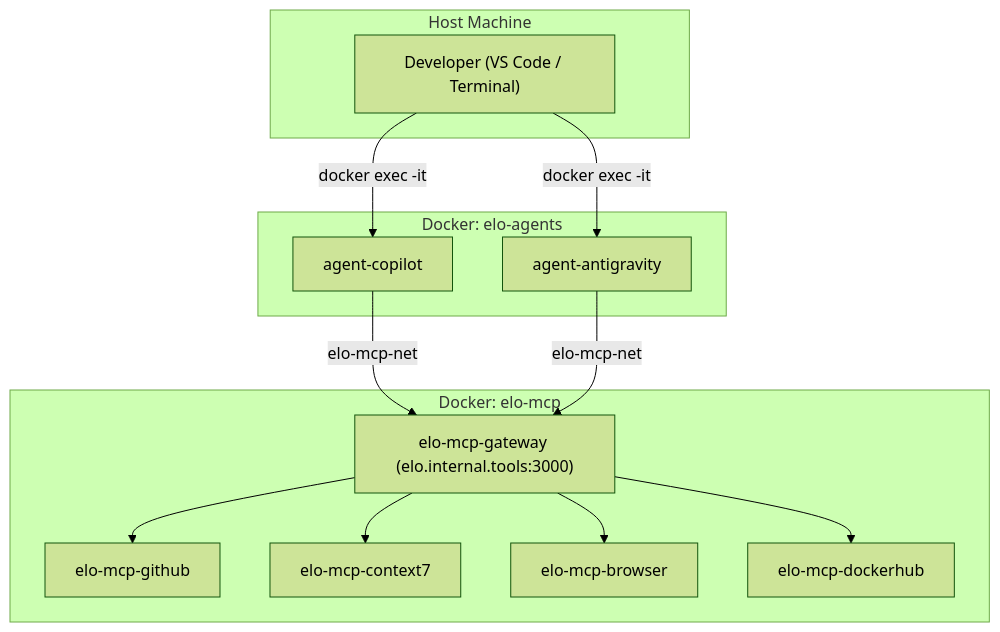
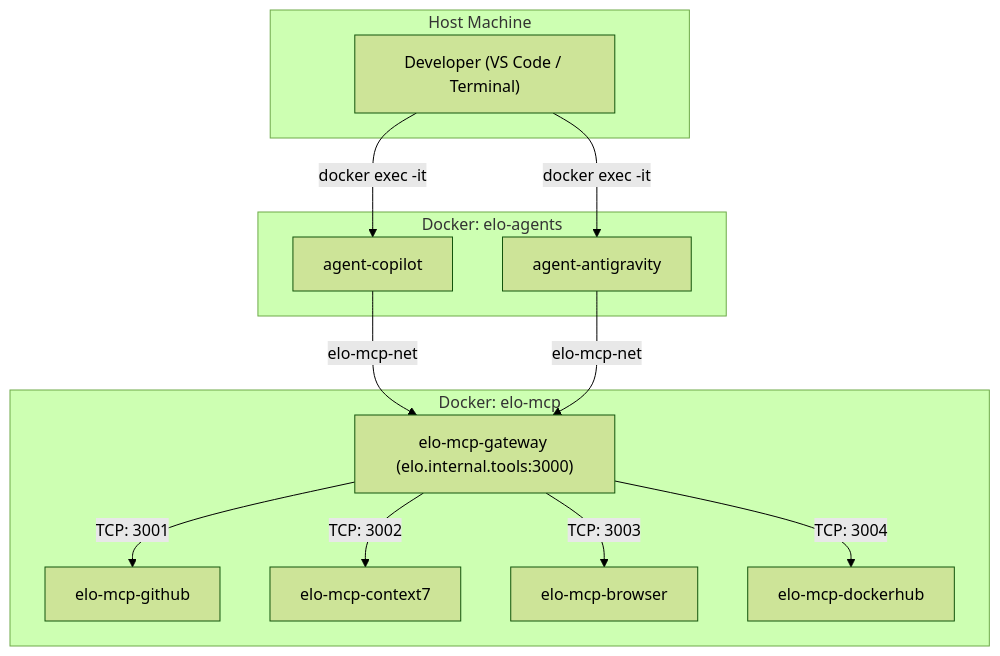
One commit to tupynambalucas/elo-organico changed the diagram in knowledge-base/workspaces/04-tools.mdx. Above: the diagram before and after it, drawn with Mermaid (forest theme). The commit also changed other lines of this file and 25 other files, not shown here.

````diff
--- a/knowledge-base/workspaces/04-tools.mdx
+++ b/knowledge-base/workspaces/04-tools.mdx
@@ -154,29 +165,29 @@
     ```mermaid
     graph TD
       direction TD
       subgraph "Host Machine"
         Dev["Developer (VS Code / Terminal)"]
       end
 
       subgraph "Docker: elo-agents"
         Copilot["agent-copilot"]
         Antigravity["agent-antigravity"]
       end
 
       subgraph "Docker: elo-mcp"
         Gateway["elo-mcp-gateway (elo.internal.tools:3000)"]
         Github["elo-mcp-github"]
         Context7["elo-mcp-context7"]
         Browser["elo-mcp-browser"]
         Dockerhub["elo-mcp-dockerhub"]
       end
 
       Dev -- "docker exec -it" --> Copilot
       Dev -- "docker exec -it" --> Antigravity
       Copilot -- "elo-mcp-net" --> Gateway
       Antigravity -- "elo-mcp-net" --> Gateway
-      Gateway --> Github
-      Gateway --> Context7
-      Gateway --> Browser
-      Gateway --> Dockerhub
+      Gateway -- "TCP: 3001" --> Github
+      Gateway -- "TCP: 3002" --> Context7
+      Gateway -- "TCP: 3003" --> Browser
+      Gateway -- "TCP: 3004" --> Dockerhub
     ```
````
